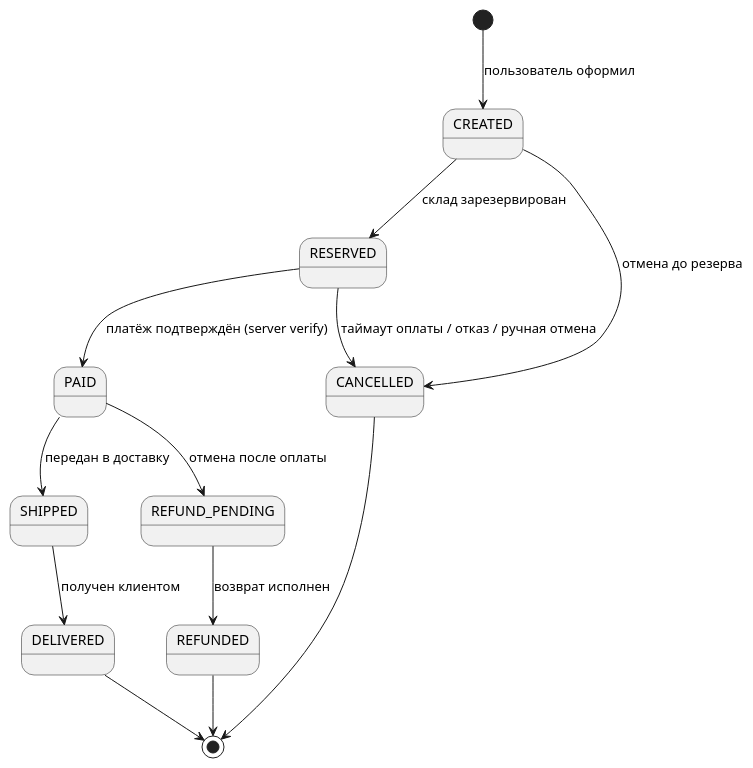
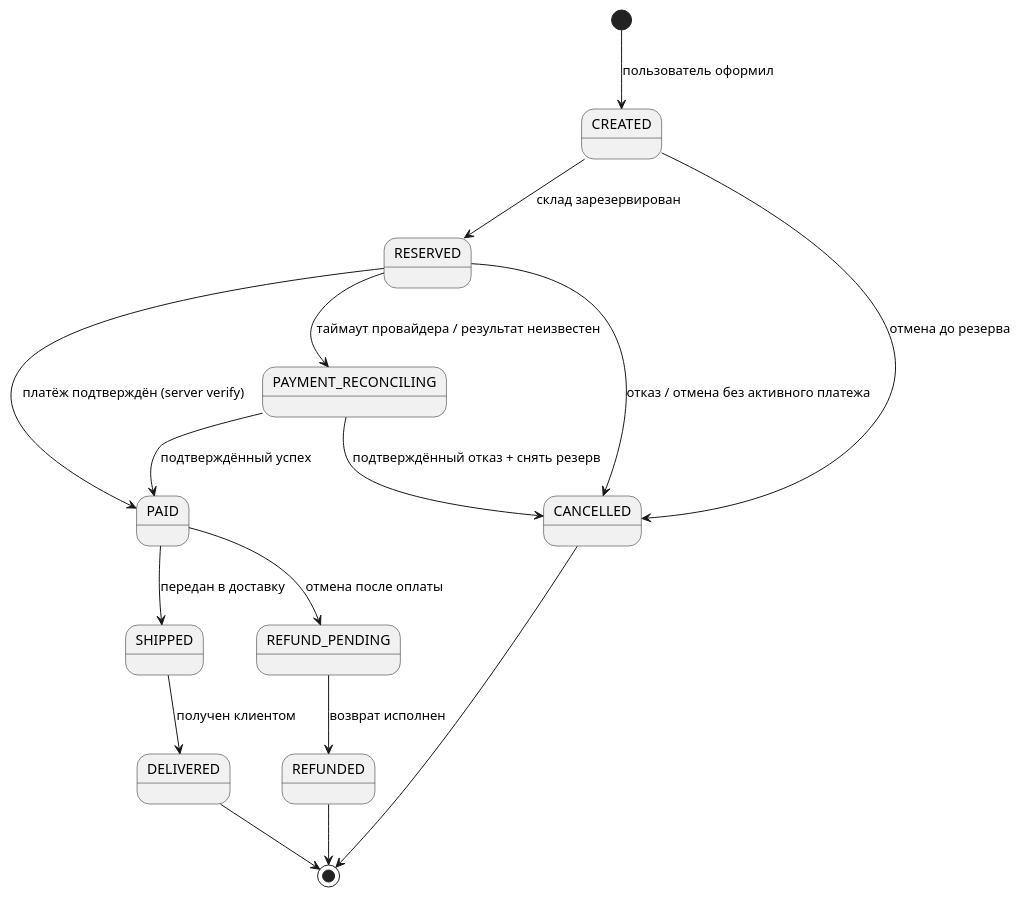
The diagram in practice/solutions/sol04_statemachine.md (maedodo11/fullstack-system-analyst), drawn with PlantUML before and after one commit. The commit also changed other lines of this file and 256 other files, not shown here.

Commit message:
Improve course accuracy, practical examples and diagram validation

````diff
--- a/practice/solutions/sol04_statemachine.md
+++ b/practice/solutions/sol04_statemachine.md
@@ -3,16 +3,19 @@
 ```plantuml
 @startuml
 [*] --> CREATED : пользователь оформил
 CREATED --> RESERVED : склад зарезервирован
 RESERVED --> PAID : платёж подтверждён (server verify)
-RESERVED --> CANCELLED : таймаут оплаты / отказ / ручная отмена
+RESERVED --> PAYMENT_RECONCILING : таймаут провайдера / результат неизвестен
+PAYMENT_RECONCILING --> PAID : подтверждённый успех
+PAYMENT_RECONCILING --> CANCELLED : подтверждённый отказ + снять резерв
+RESERVED --> CANCELLED : отказ / отмена без активного платежа
 CREATED --> CANCELLED : отмена до резерва
 PAID --> SHIPPED : передан в доставку
 PAID --> REFUND_PENDING : отмена после оплаты
 REFUND_PENDING --> REFUNDED : возврат исполнен
 SHIPPED --> DELIVERED : получен клиентом
 DELIVERED --> [*]
 CANCELLED --> [*]
 REFUNDED --> [*]
 @enduml
 ```
````
